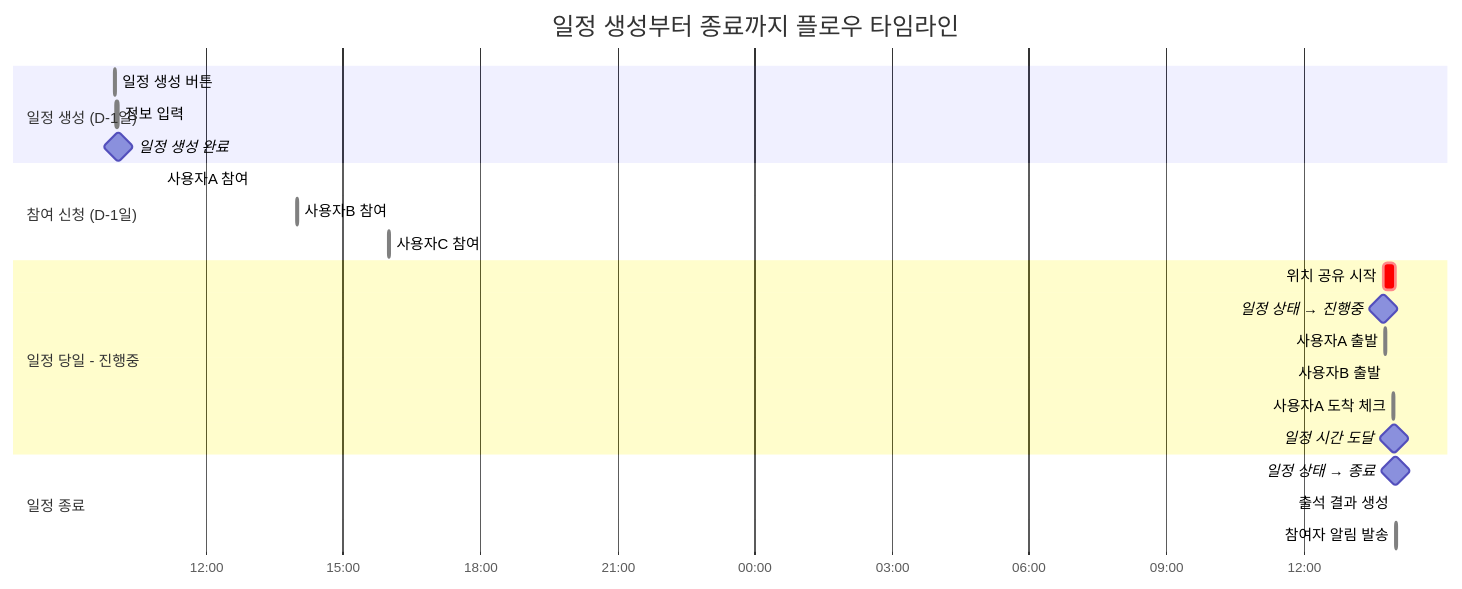
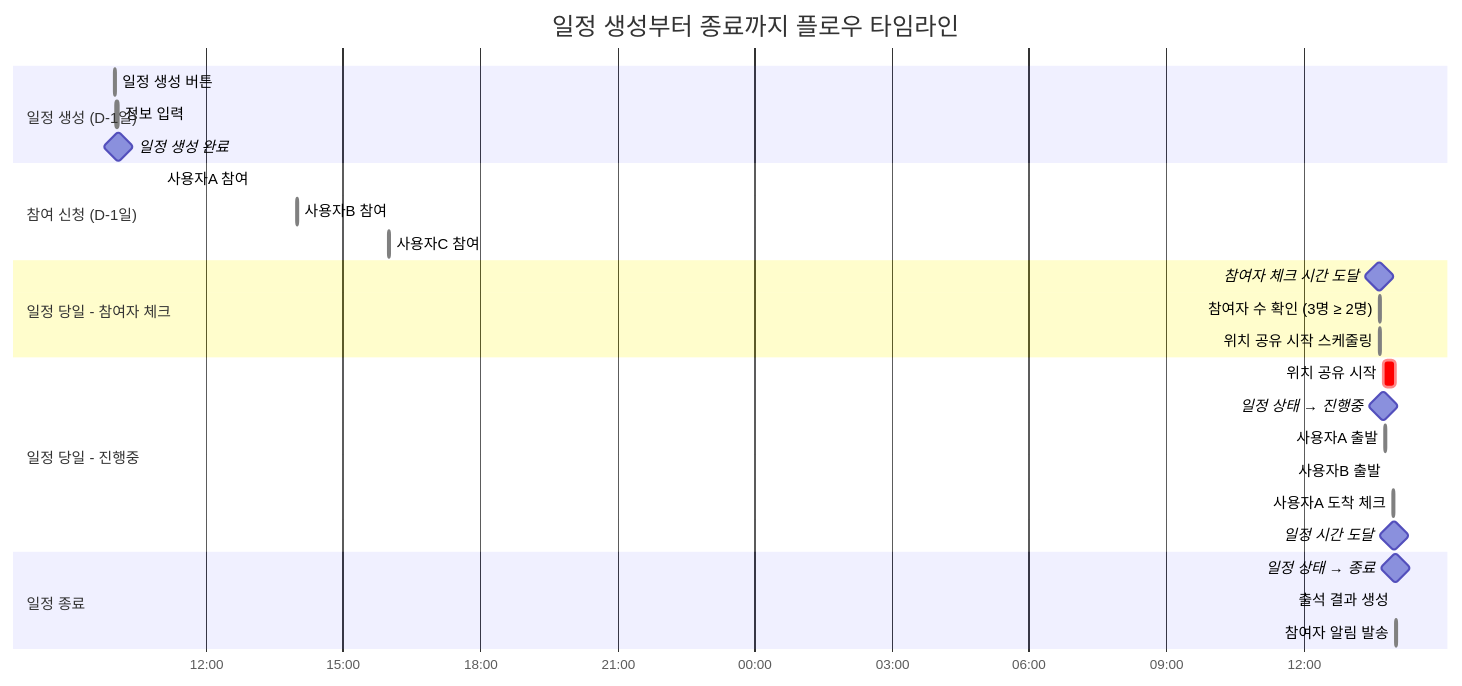
The sixth of 6 diagrams in docs/requirements/EVENT_FLOW.md (Jinhjlog/rdv-backend-v2), drawn with Mermaid before and after one commit. The commit also changed other lines of this file and 1 other file, not shown here.

First line of the commit message:
📝 docs: 이벤트 - 참여자 체크 기능 요구사항 문서 업데이트

````diff
--- a/docs/requirements/EVENT_FLOW.md
+++ b/docs/requirements/EVENT_FLOW.md
@@ -715,29 +776,34 @@
 ```mermaid
 gantt
     title 일정 생성부터 종료까지 플로우 타임라인
     dateFormat YYYY-MM-DD HH:mm
     axisFormat %H:%M
 
     section 일정 생성 (D-1일)
     일정 생성 버튼               :done, create1, 2026-01-16 10:00, 1m
     정보 입력                     :done, input1, 2026-01-16 10:01, 5m
     일정 생성 완료               :milestone, m1, 2026-01-16 10:06, 0m
 
     section 참여 신청 (D-1일)
     사용자A 참여                 :done, join1, 2026-01-16 11:00, 1m
     사용자B 참여                 :done, join2, 2026-01-16 14:00, 1m
     사용자C 참여                 :done, join3, 2026-01-16 16:00, 1m
 
+    section 일정 당일 - 참여자 체크
+    참여자 체크 시간 도달        :milestone, m2, 2026-01-17 13:40, 0m
+    참여자 수 확인 (3명 ≥ 2명)   :done, check1, 2026-01-17 13:40, 1m
+    위치 공유 시작 스케줄링      :done, schedule1, 2026-01-17 13:40, 1m
+
     section 일정 당일 - 진행중
     위치 공유 시작               :crit, track1, 2026-01-17 13:45, 16m
-    일정 상태 → 진행중           :milestone, m2, 2026-01-17 13:45, 0m
+    일정 상태 → 진행중           :milestone, m3, 2026-01-17 13:45, 0m
     사용자A 출발                 :done, depart1, 2026-01-17 13:47, 1m
     사용자B 출발                 :done, depart2, 2026-01-17 13:50, 1m
     사용자A 도착 체크            :done, arrive1, 2026-01-17 13:58, 1m
-    일정 시간 도달               :milestone, m3, 2026-01-17 14:00, 0m
+    일정 시간 도달               :milestone, m4, 2026-01-17 14:00, 0m
 
     section 일정 종료
-    일정 상태 → 종료             :milestone, m4, 2026-01-17 14:01, 0m
+    일정 상태 → 종료             :milestone, m5, 2026-01-17 14:01, 0m
     출석 결과 생성               :crit, result1, 2026-01-17 14:01, 1m
     참여자 알림 발송             :done, notif1, 2026-01-17 14:02, 1m
 ```
````
